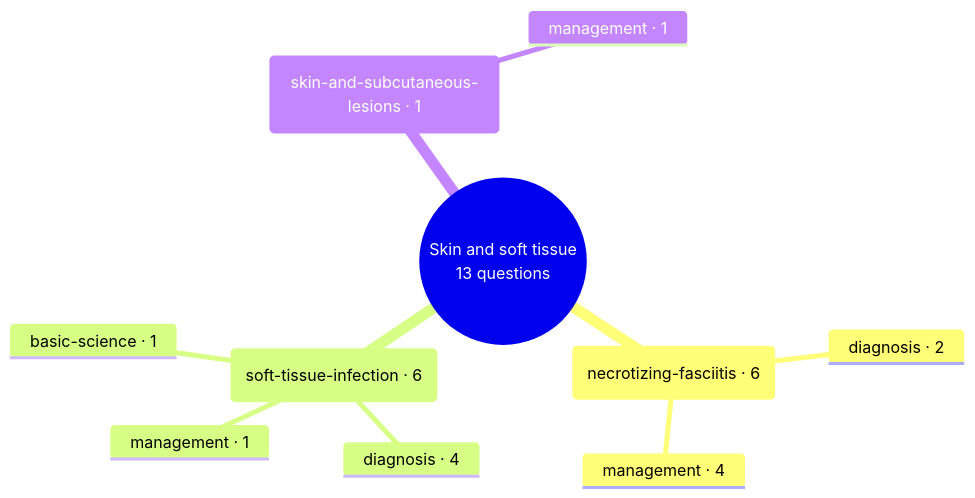
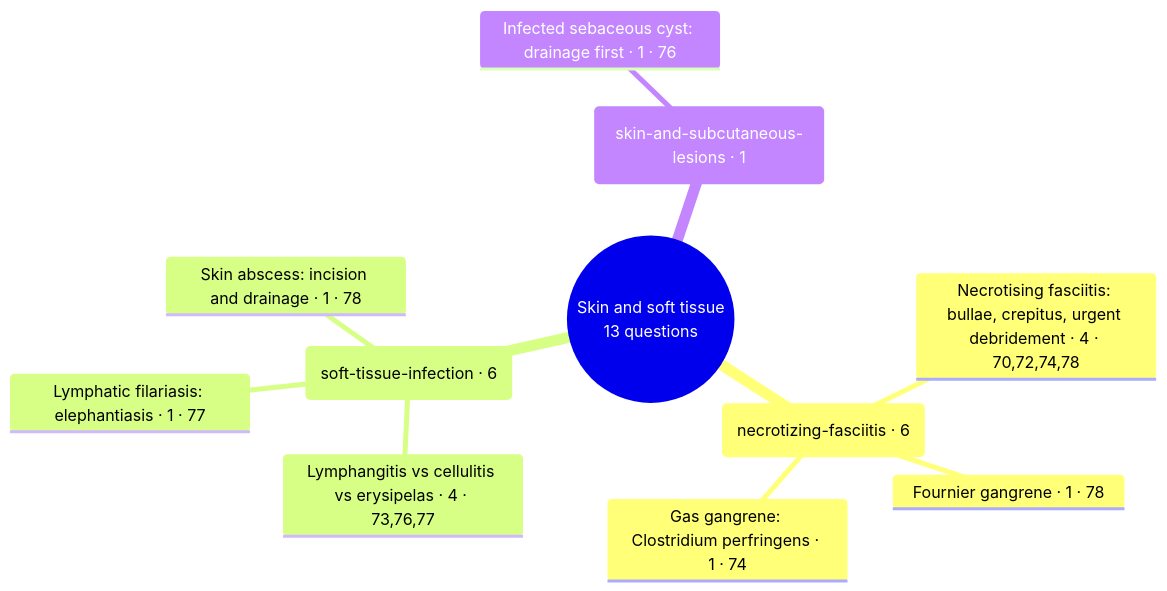
The diagram in exam-map/mind-maps/skin-and-soft-tissue.md (playerplayrh/surgery-year-4), drawn with Mermaid before and after one commit. The commit also changed other lines of this file and 41 other files, not shown here.

First line of the commit message:
Exam tags: add concept field; mind maps show concept leaves with counts and cohorts

````diff
--- a/exam-map/mind-maps/skin-and-soft-tissue.md
+++ b/exam-map/mind-maps/skin-and-soft-tissue.md
@@ -14,13 +14,14 @@
 ```mermaid
 mindmap
   root((Skin and soft tissue<br>13 questions))
     (necrotizing-fasciitis · 6)
-      diagnosis · 2
-      management · 4
+      Necrotising fasciitis: bullae, crepitus, urgent debridement · 4 · 70,72,74,78
+      Fournier gangrene · 1 · 78
+      Gas gangrene: Clostridium perfringens · 1 · 74
     (soft-tissue-infection · 6)
-      diagnosis · 4
-      management · 1
-      basic-science · 1
+      Lymphangitis vs cellulitis vs erysipelas · 4 · 73,76,77
+      Lymphatic filariasis: elephantiasis · 1 · 77
+      Skin abscess: incision and drainage · 1 · 78
     (skin-and-subcutaneous-lesions · 1)
-      management · 1
+      Infected sebaceous cyst: drainage first · 1 · 76
 ```
````
